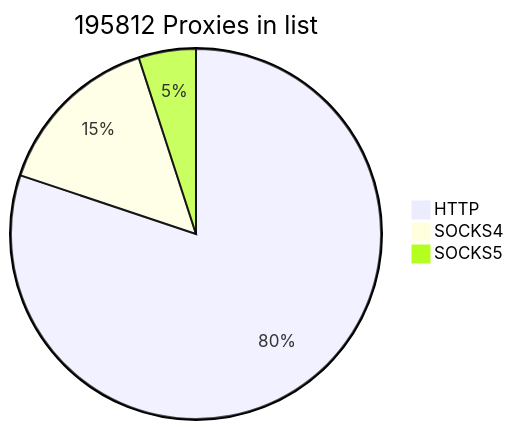
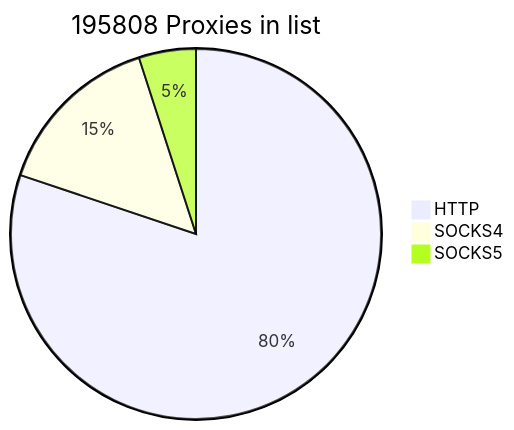
One commit to cutipu/proxylist changed the first of 2 diagrams in README.md. Above: the diagram before and after it, drawn with Mermaid. The commit also changed other lines of this file, not shown here.

````diff
--- a/README.md
+++ b/README.md
@@ -2,7 +2,7 @@
 ```mermaid
-pie title 195812 Proxies in list
-    "HTTP" : 156912
-    "SOCKS4" : 29112
-    "SOCKS5" : 9788
+pie title 195808 Proxies in list
+    "HTTP" : 156943
+    "SOCKS4" : 29114
+    "SOCKS5" : 9751
             
 ```
````
